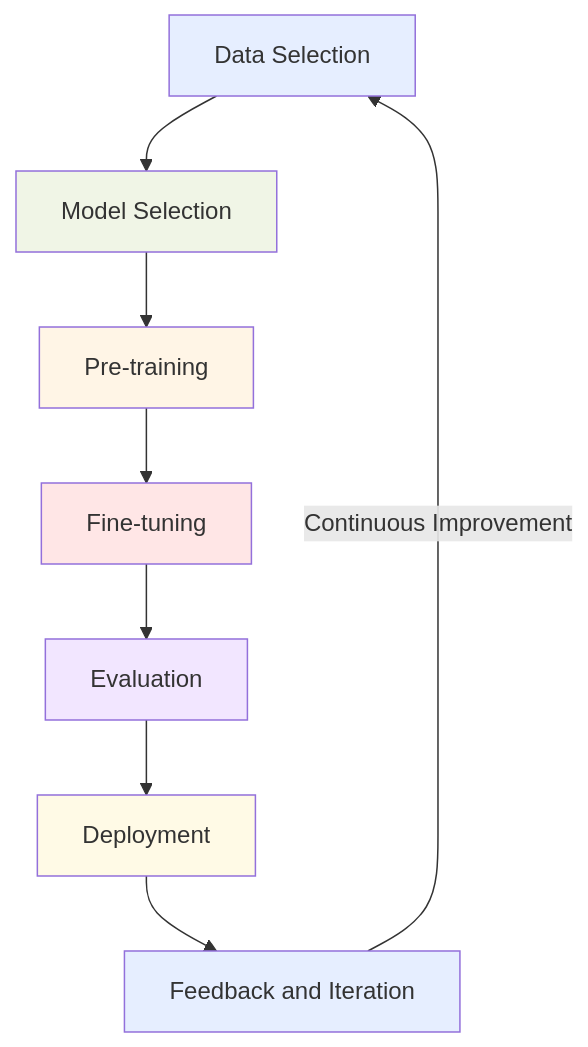
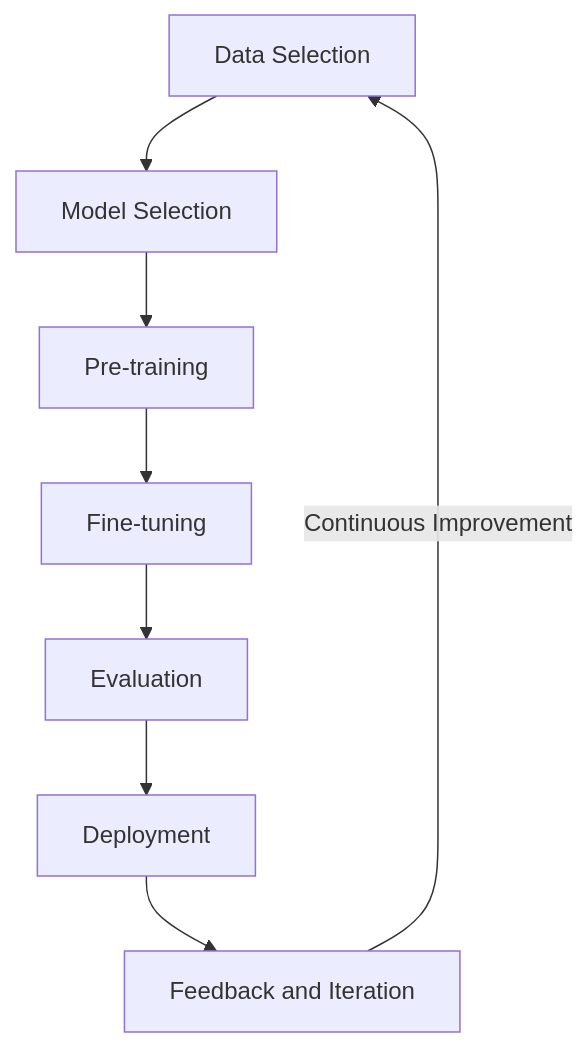
The fifth of 5 diagrams in english/20_10_Basic_concepts_of_generative_AI.md (CloudCityPress/aws-aif-c01), drawn with Mermaid before and after one commit. The commit also changed other lines of this file and 16 other files, not shown here.

Commit message:
updating Mermaids

````diff
--- a/english/20_10_Basic_concepts_of_generative_AI.md
+++ b/english/20_10_Basic_concepts_of_generative_AI.md
@@ -272,17 +246,10 @@
 ```mermaid
 flowchart TD
     A[Data Selection] --> B[Model Selection]
     B --> C[Pre-training]
     C --> D[Fine-tuning]
     D --> E[Evaluation]
     E --> F[Deployment]
     F --> G[Feedback and Iteration]
     G -->|Continuous Improvement| A
-    style A fill:#e6eeff
-    style B fill:#f0f5e6
-    style C fill:#fff5e6
-    style D fill:#ffe6e6
-    style E fill:#f2e6ff
-    style F fill:#fffae6
-    style G fill:#e6eeff
 ```
````
